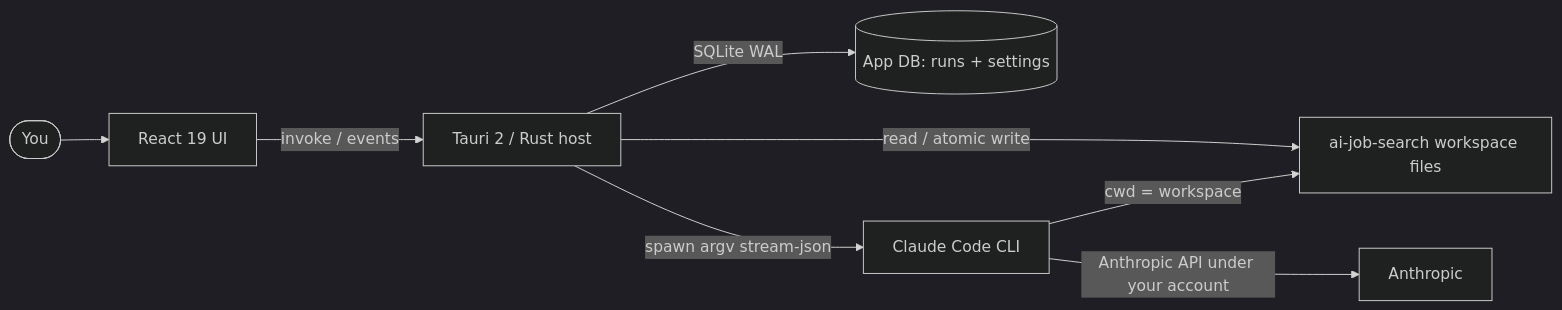
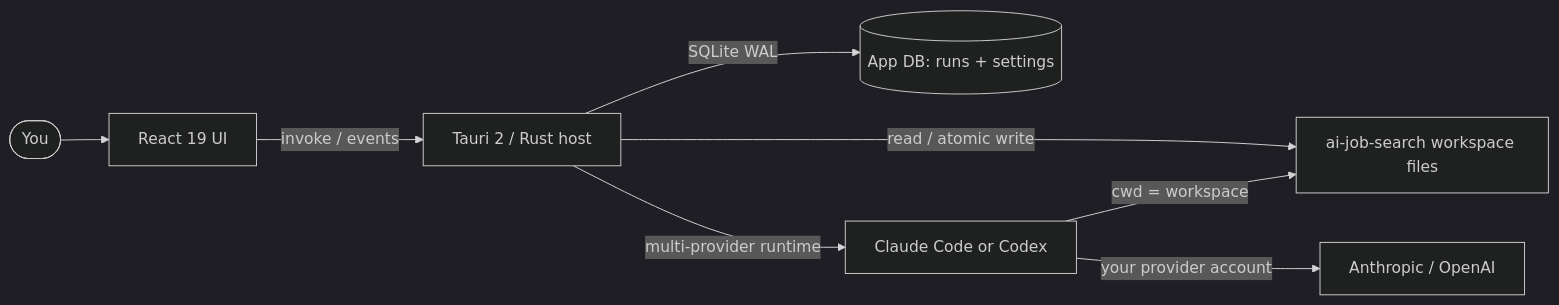
Before and after one commit to AnkitParekh007/job-search-assistant: the diagram in README.md, drawn with Mermaid (dark theme). The commit also changed other lines of this file and 33 other files, not shown here.

First line of the commit message:
Frame product copy around multi-provider AI support.

````diff
--- a/README.md
+++ b/README.md
@@ -78,10 +78,10 @@
 ```mermaid
 flowchart LR
   User([You]) --> UI[React 19 UI]
   UI -->|invoke / events| Host[Tauri 2 / Rust host]
   Host -->|SQLite WAL| DB[(App DB: runs + settings)]
-  Host -->|spawn argv stream-json| Claude[Claude Code CLI]
+  Host -->|multi-provider runtime| Provider[Claude Code or Codex]
   Host -->|read / atomic write| WS[ai-job-search workspace files]
-  Claude -->|cwd = workspace| WS
-  Claude -->|Anthropic API under your account| API[Anthropic]
+  Provider -->|cwd = workspace| WS
+  Provider -->|your provider account| API[Anthropic / OpenAI]
 ```
````
